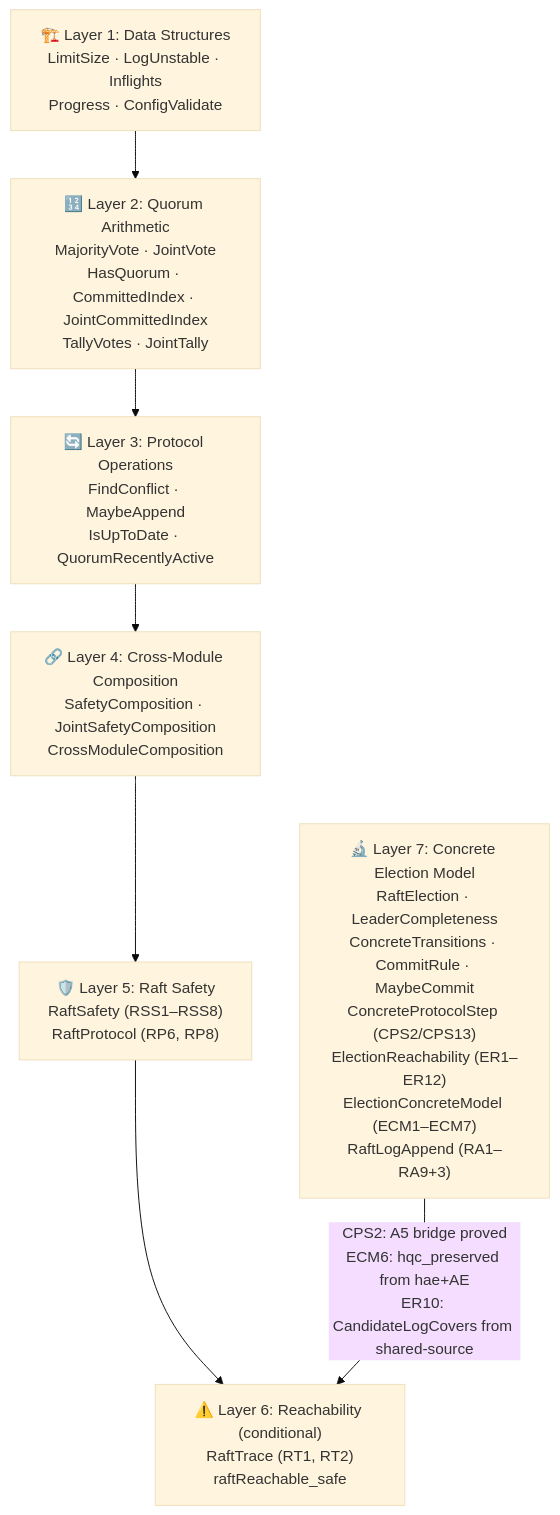
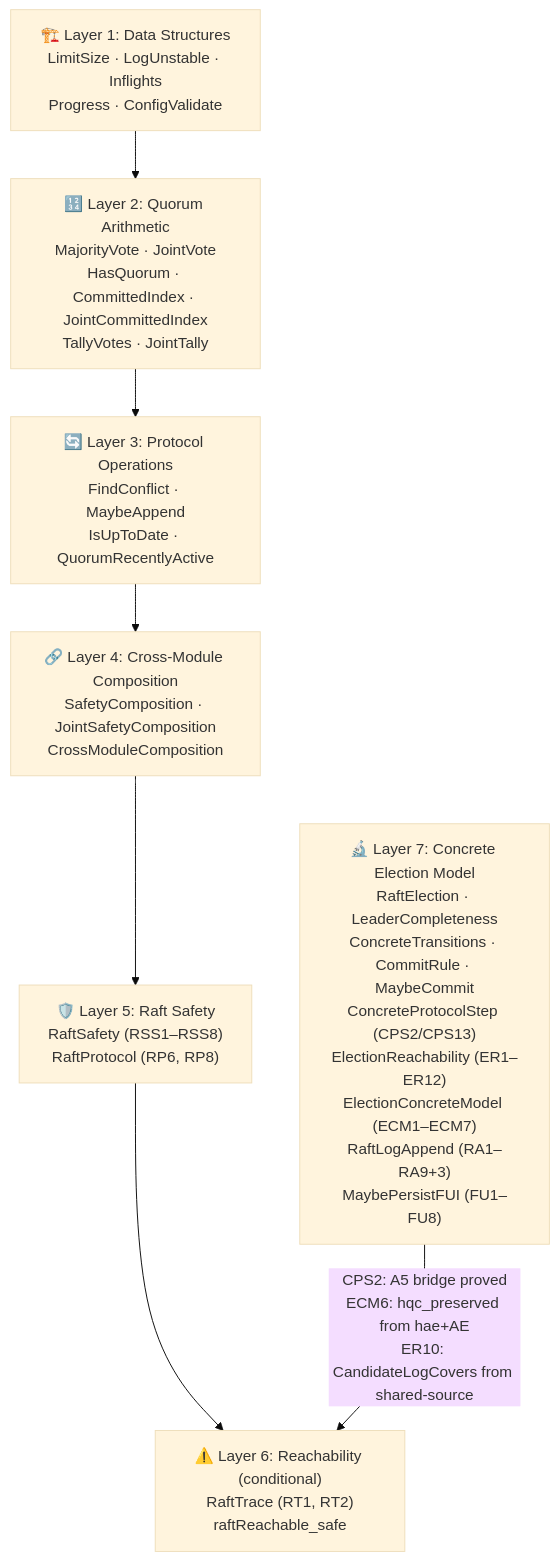
The first of 11 diagrams in formal-verification/REPORT.md (dsyme/raft-lean-squad), drawn with Mermaid (base theme) before and after one commit. The commit also changed other lines of this file and 1 other file, not shown here.

````diff
--- a/formal-verification/REPORT.md
+++ b/formal-verification/REPORT.md
@@ -92,17 +94,17 @@
 ```mermaid
 graph TD
     A["🏗️ Layer 1: Data Structures<br/>LimitSize · LogUnstable · Inflights<br/>Progress · ConfigValidate"]
     B["🔢 Layer 2: Quorum Arithmetic<br/>MajorityVote · JointVote<br/>HasQuorum · CommittedIndex · JointCommittedIndex<br/>TallyVotes · JointTally"]
     C["🔄 Layer 3: Protocol Operations<br/>FindConflict · MaybeAppend<br/>IsUpToDate · QuorumRecentlyActive"]
     D["🔗 Layer 4: Cross-Module Composition<br/>SafetyComposition · JointSafetyComposition<br/>CrossModuleComposition"]
     E["🛡️ Layer 5: Raft Safety<br/>RaftSafety (RSS1–RSS8)<br/>RaftProtocol (RP6, RP8)"]
     F["⚠️ Layer 6: Reachability (conditional)<br/>RaftTrace (RT1, RT2)<br/>raftReachable_safe"]
-    G["🔬 Layer 7: Concrete Election Model<br/>RaftElection · LeaderCompleteness<br/>ConcreteTransitions · CommitRule · MaybeCommit<br/>ConcreteProtocolStep (CPS2/CPS13)<br/>ElectionReachability (ER1–ER12)<br/>ElectionConcreteModel (ECM1–ECM7)<br/>RaftLogAppend (RA1–RA9+3)"]
+    G["🔬 Layer 7: Concrete Election Model<br/>RaftElection · LeaderCompleteness<br/>ConcreteTransitions · CommitRule · MaybeCommit<br/>ConcreteProtocolStep (CPS2/CPS13)<br/>ElectionReachability (ER1–ER12)<br/>ElectionConcreteModel (ECM1–ECM7)<br/>RaftLogAppend (RA1–RA9+3)<br/>MaybePersistFUI (FU1–FU8)"]
 
     A --> B
     B --> C
     C --> D
     D --> E
     E --> F
     G -->|"CPS2: A5 bridge proved<br/>ECM6: hqc_preserved from hae+AE<br/>ER10: CandidateLogCovers from shared-source"| F
 ```
````
